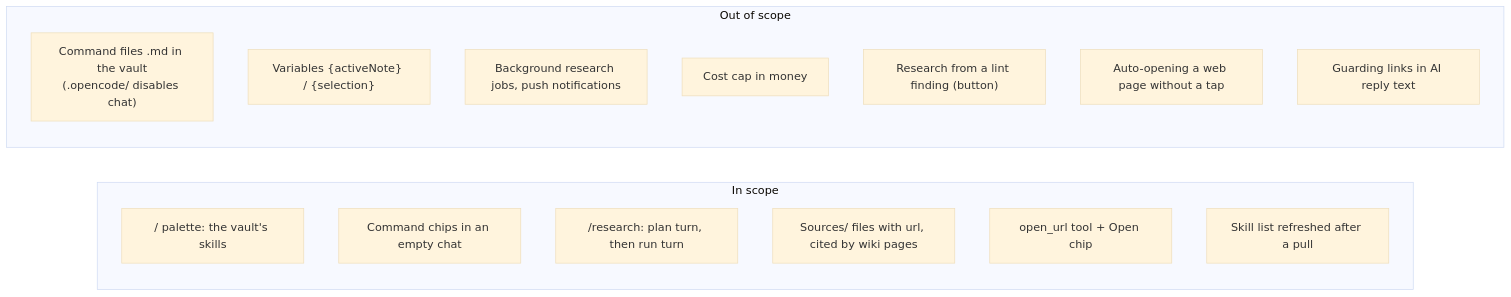
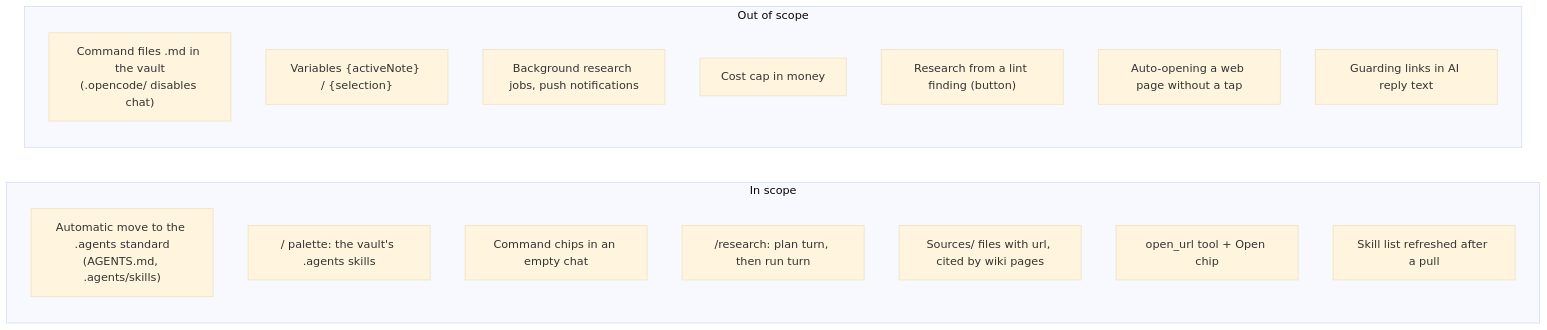
Before and after one commit to tillg/karpathy.app: the first of 2 diagrams in specs/changes/chat-commands-research/proposal.md, drawn with Mermaid (base theme). The commit also changed other lines of this file and 3 other files, not shown here.

````diff
--- a/specs/changes/chat-commands-research/proposal.md
+++ b/specs/changes/chat-commands-research/proposal.md
@@ -49,20 +58,21 @@
 ```mermaid
 flowchart LR
     subgraph In["In scope"]
-      P["/ palette: the vault's skills"]
+      M["Automatic move to the .agents standard<br/>(AGENTS.md, .agents/skills)"]
+      P["/ palette: the vault's .agents skills"]
       C[Command chips in an empty chat]
       R["/research: plan turn, then run turn"]
       S["Sources/ files with url, cited by wiki pages"]
       O["open_url tool + Open chip"]
       F[Skill list refreshed after a pull]
     end
     subgraph Out["Out of scope"]
       X1["Command files .md in the vault<br/>(.opencode/ disables chat)"]
       X2["Variables {activeNote} / {selection}"]
       X3[Background research jobs, push notifications]
       X4["Cost cap in money"]
       X5["Research from a lint finding (button)"]
       X6[Auto-opening a web page without a tap]
       X7[Guarding links in AI reply text]
     end
 ```
````
